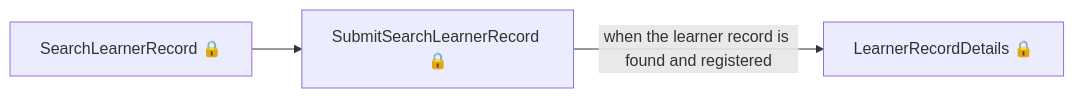
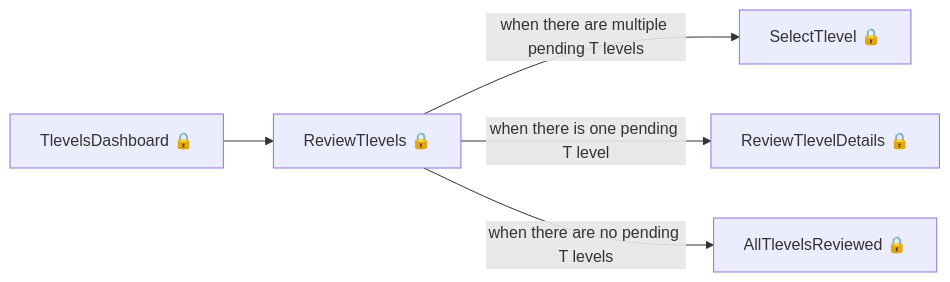
Before and after one commit to talentconsulting/atlas-dfe: the sixth of 11 diagrams in tl-results-and-certification/user-journeys/user-journeys.md, drawn with Mermaid. The commit also changed other lines of this file and 22 other files, not shown here.

````diff
--- a/tl-results-and-certification/user-journeys/user-journeys.md
+++ b/tl-results-and-certification/user-journeys/user-journeys.md
@@ -74,5 +98,7 @@
 ```mermaid
 flowchart LR
-  p0["SearchLearnerRecord 🔒"] --> p1["SubmitSearchLearnerRecord 🔒"]
-  p1["SubmitSearchLearnerRecord 🔒"] -->|"when the learner record is found and registered"| p2["LearnerRecordDetails 🔒"]
+  p0["TlevelsDashboard 🔒"] --> p1["ReviewTlevels 🔒"]
+  p1["ReviewTlevels 🔒"] -->|"when there are multiple pending T levels"| p2["SelectTlevel 🔒"]
+  p1["ReviewTlevels 🔒"] -->|"when there is one pending T level"| p3["ReviewTlevelDetails 🔒"]
+  p1["ReviewTlevels 🔒"] -->|"when there are no pending T levels"| p4["AllTlevelsReviewed 🔒"]
 ```
````
